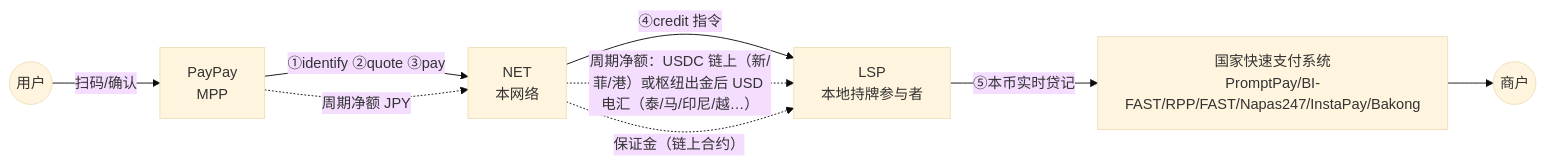
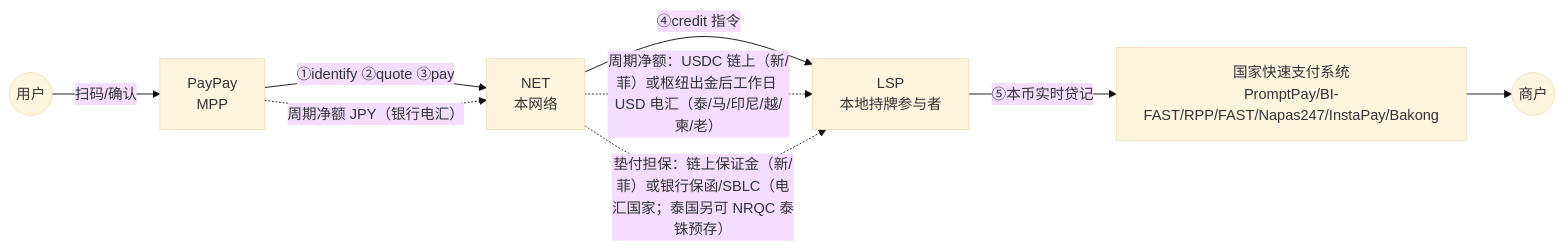
The diagram in docs/01-architecture.md (inspiryroy/roy), drawn with Mermaid (base theme) before and after one commit. The commit also changed other lines of this file and 12 other files, not shown here.

````diff
--- a/docs/01-architecture.md
+++ b/docs/01-architecture.md
@@ -56,11 +69,11 @@
 ```mermaid
 flowchart LR
     U((用户)) -- 扫码/确认 --> M[PayPay<br/>MPP]
     M -- ①identify ②quote ③pay --> N[NET<br/>本网络]
     N -- ④credit 指令 --> L[LSP<br/>本地持牌参与者]
     L -- ⑤本币实时贷记 --> R[国家快速支付系统<br/>PromptPay/BI-FAST/RPP/FAST/Napas247/InstaPay/Bakong]
     R --> S((商户))
-    M -. 周期净额 JPY .-> N
-    N -. 周期净额：USDC 链上（新/菲/港）或枢纽出金后 USD 电汇（泰/马/印尼/越…）.-> L
-    N -. 保证金（链上合约）.-> L
+    M -. 周期净额 JPY（银行电汇）.-> N
+    N -. 周期净额：USDC 链上（新/菲）或枢纽出金后工作日 USD 电汇（泰/马/印尼/越/柬/老）.-> L
+    N -. 垫付担保：链上保证金（新/菲）或银行保函/SBLC（电汇国家；泰国另可 NRQC 泰铢预存）.-> L
 ```
````
